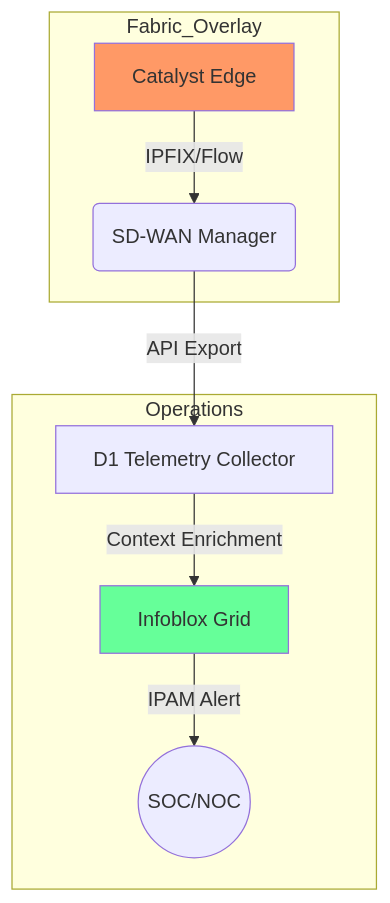
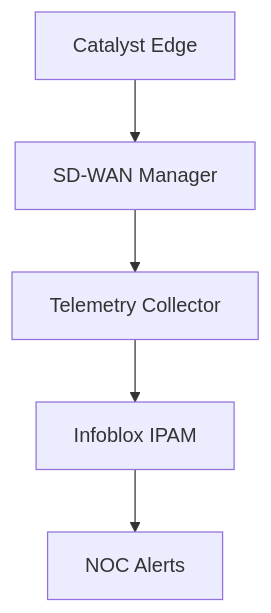
Before and after one commit to WhalerMike/uiao: diagram 11 of 12 in diagram-review.md, drawn with Mermaid. The commit also changed other lines of this file, not shown here.

Commit message:
Simplify all 12 Mermaid diagrams to vanilla syntax for GitHub compatibility

````diff
--- a/diagram-review.md
+++ b/diagram-review.md
@@ -293,13 +140,7 @@
 ```mermaid
 graph TD
-  subgraph Fabric_Overlay
-    A[Catalyst Edge] -->|IPFIX/Flow| B(SD-WAN Manager)
-  end
-  subgraph Operations
-    B -->|API Export| C[D1 Telemetry Collector]
-    C -->|Context Enrichment| D[Infoblox Grid]
-    D -->|IPAM Alert| E((SOC/NOC))
-  end
-  style A fill:#f96
-  style D fill:#6f9
+    Edge[Catalyst Edge] --> Manager[SD-WAN Manager]
+    Manager --> Collector[Telemetry Collector]
+    Collector --> Infoblox[Infoblox IPAM]
+    Infoblox --> Alerts[NOC Alerts]
 ```
````
